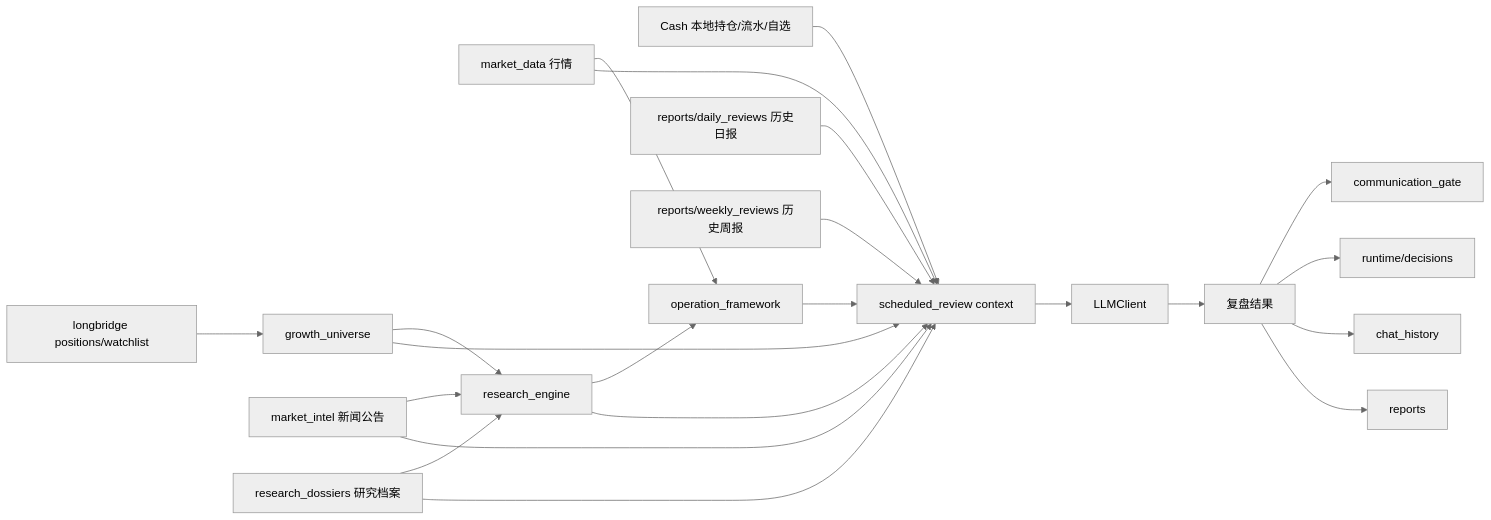
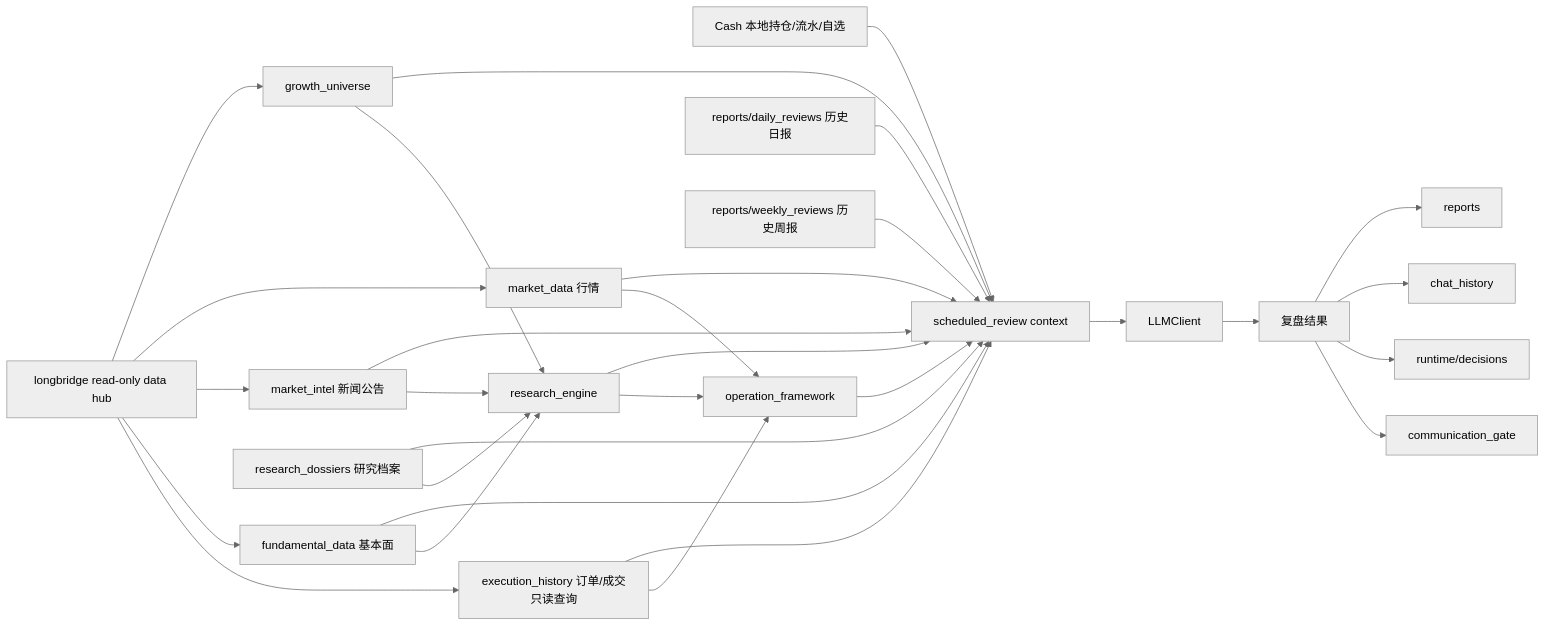
The fourth of 4 diagrams in docs/需求分析文档.md (dyccodehome/private-investment-butler), drawn with Mermaid (neutral theme) before and after one commit. The commit also changed other lines of this file and 1 other file, not shown here.

Commit message:
Expand Longbridge read-only data platform design

````diff
--- a/docs/需求分析文档.md
+++ b/docs/需求分析文档.md
@@ -297,24 +330,32 @@
 ```mermaid
 flowchart LR
   A["Cash 本地持仓/流水/自选"] --> C["scheduled_review context"]
-  B["longbridge positions/watchlist"] --> D["growth_universe"]
+  B["longbridge read-only data hub"] --> D["growth_universe"]
+  B --> E["market_data 行情"]
+  B --> F["market_intel 新闻公告"]
+  B --> Q["fundamental_data 基本面"]
+  B --> X["execution_history 订单/成交只读查询"]
   D --> C
-  E["market_data 行情"] --> C
-  F["market_intel 新闻公告"] --> C
+  E --> C
+  F --> C
+  Q --> C
+  X --> C
   G["research_dossiers 研究档案"] --> C
   D --> R["research_engine"]
   F --> R
+  Q --> R
   G --> R
   R --> C
   R --> S["operation_framework"]
   E --> S
+  X --> S
   S --> C
   H["reports/daily_reviews 历史日报"] --> C
   I["reports/weekly_reviews 历史周报"] --> C
   C --> J["LLMClient"]
   J --> K["复盘结果"]
   K --> L["reports"]
   K --> M["chat_history"]
   K --> N["runtime/decisions"]
   K --> O["communication_gate"]
 ```
````
